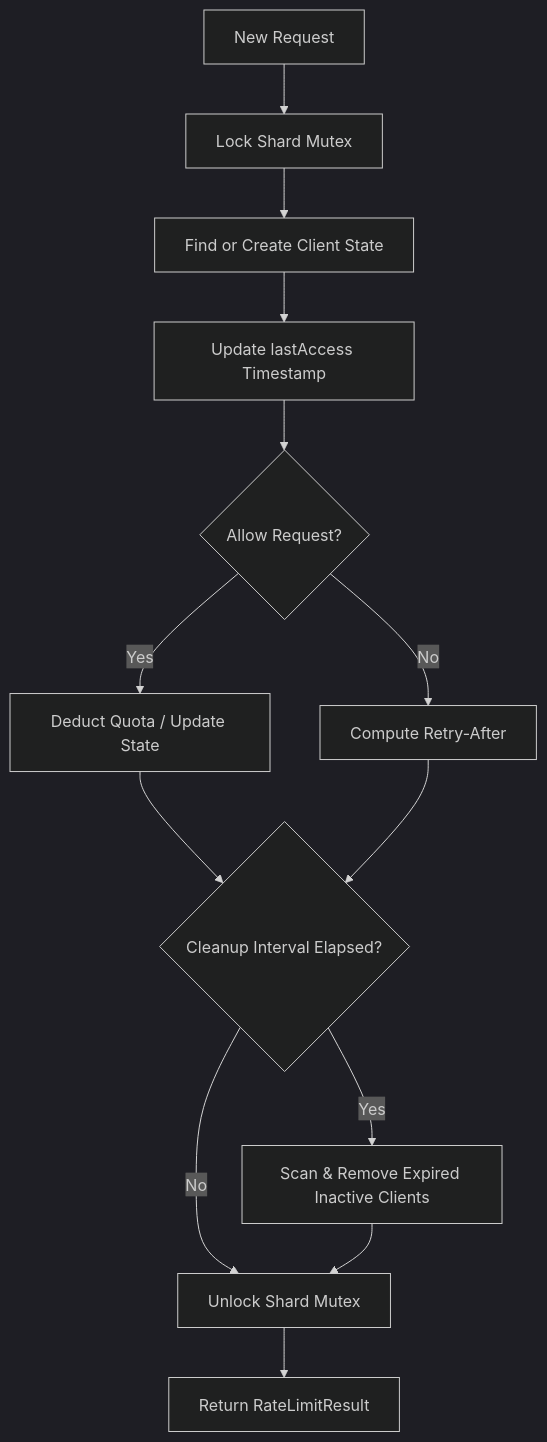
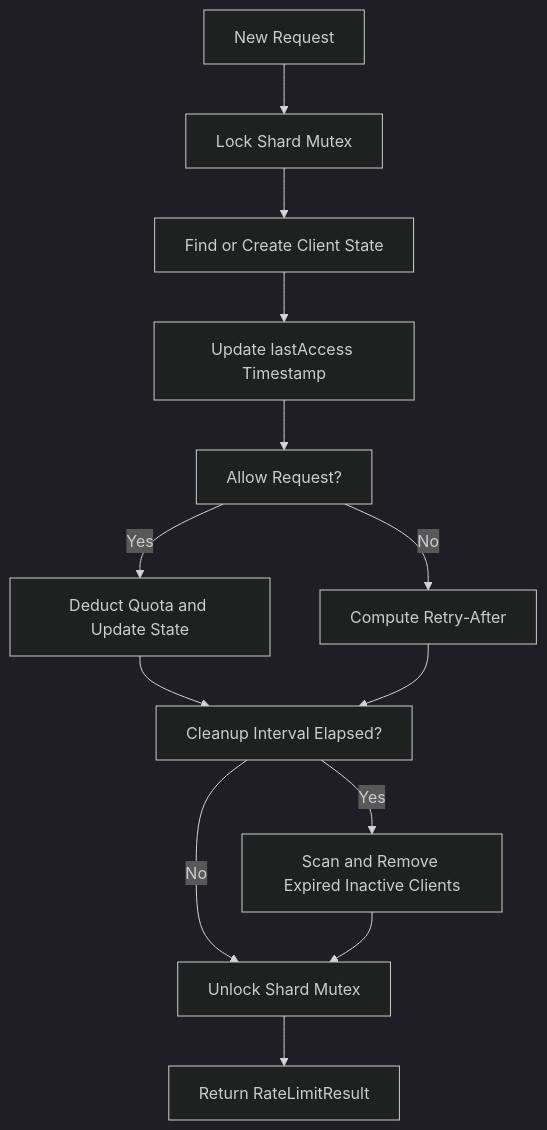
Before and after one commit to Dharmraj06/High-Performance-Rate-Limiter: the fourth of 5 diagrams in README.md, drawn with Mermaid (dark theme). The commit also changed other lines of this file, not shown here.

````diff
--- a/README.md
+++ b/README.md
@@ -116,18 +127,18 @@
 ```mermaid
 flowchart TD
     Req[New Request] --> ShardLock[Lock Shard Mutex]
     ShardLock --> Lookup[Find or Create Client State]
     Lookup --> UpdateTime[Update lastAccess Timestamp]
-    UpdateTime --> Decision{Allow Request?}
-    
-    Decision -->|Yes| Consume[Deduct Quota / Update State]
+    UpdateTime --> Decision[Allow Request?]
+
+    Decision -->|Yes| Consume[Deduct Quota and Update State]
     Decision -->|No| Reject[Compute Retry-After]
-    
-    Consume --> CleanupCheck{Cleanup Interval Elapsed?}
+
+    Consume --> CleanupCheck[Cleanup Interval Elapsed?]
     Reject --> CleanupCheck
-    
-    CleanupCheck -->|Yes| ScanExpired[Scan & Remove Expired Inactive Clients]
+
+    CleanupCheck -->|Yes| ScanExpired[Scan and Remove Expired Inactive Clients]
     CleanupCheck -->|No| Unlock[Unlock Shard Mutex]
     ScanExpired --> Unlock
     Unlock --> ReturnResult[Return RateLimitResult]
 ```
````
